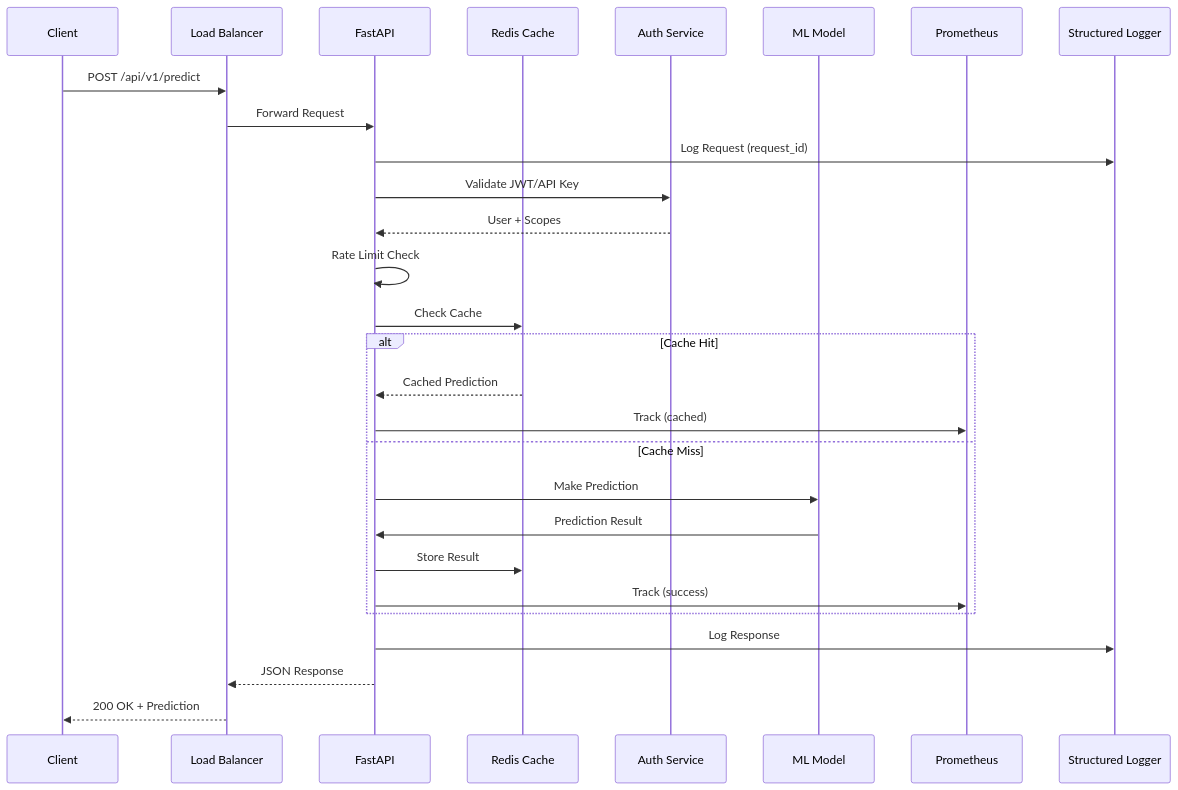
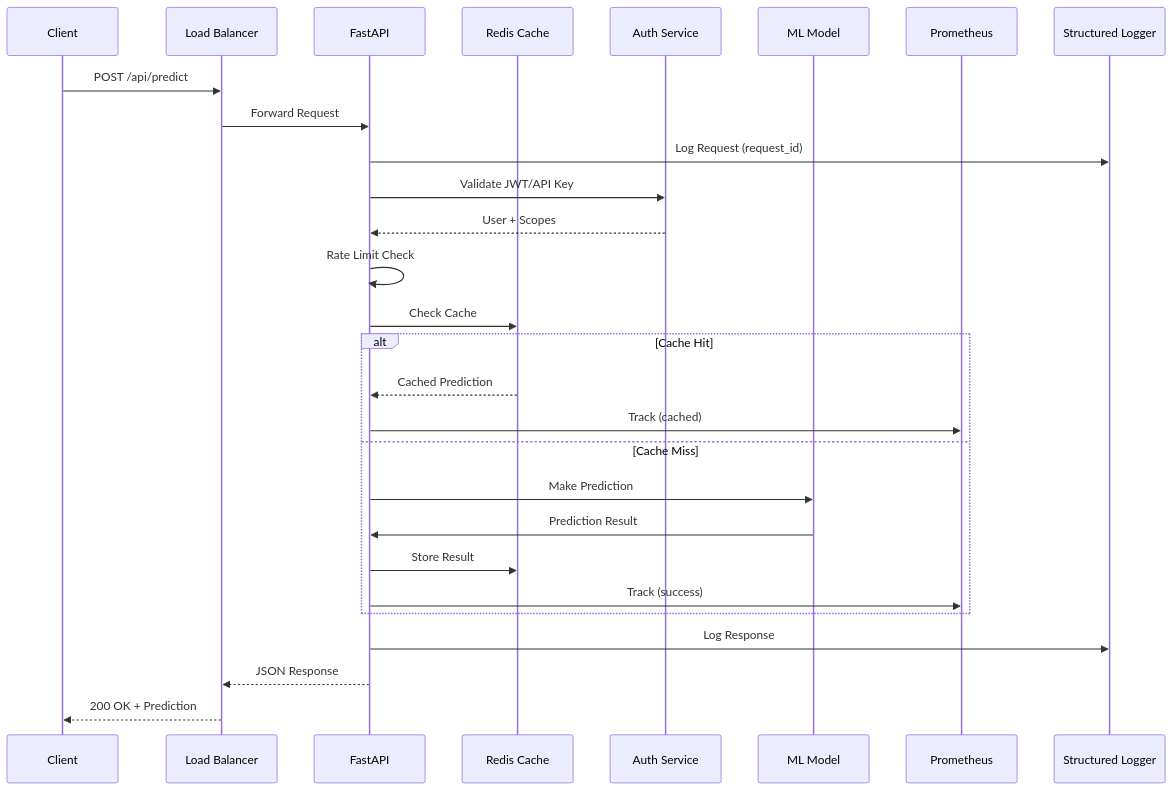
One commit to Tapash565/real-estate-prediction changed the second of 7 diagrams in docs/architecture.md. Above: the diagram before and after it, drawn with Mermaid. The commit also changed 20 other files, not shown here.

````diff
--- a/docs/architecture.md
+++ b/docs/architecture.md
@@ -116,35 +116,35 @@
 ```mermaid
 sequenceDiagram
     participant Client as Client
     participant LB as Load Balancer
     participant API as FastAPI
     participant Cache as Redis Cache
     participant Auth as Auth Service
     participant Model as ML Model
     participant Metrics as Prometheus
     participant Logger as Structured Logger
 
-    Client->>LB: POST /api/v1/predict
+    Client->>LB: POST /api/predict
     LB->>API: Forward Request
 
     API->>Logger: Log Request (request_id)
     API->>Auth: Validate JWT/API Key
     Auth-->>API: User + Scopes
 
     API->>API: Rate Limit Check
 
     API->>Cache: Check Cache
     alt Cache Hit
         Cache-->>API: Cached Prediction
         API->>Metrics: Track (cached)
     else Cache Miss
         API->>Model: Make Prediction
         Model->>API: Prediction Result
         API->>Cache: Store Result
         API->>Metrics: Track (success)
     end
 
     API->>Logger: Log Response
     API-->>LB: JSON Response
     LB-->>Client: 200 OK + Prediction
 ```
````
